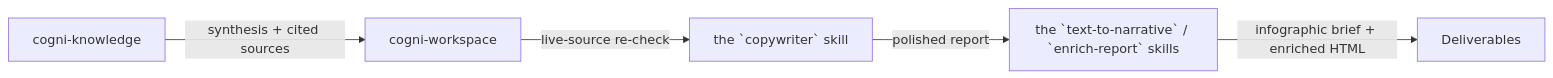
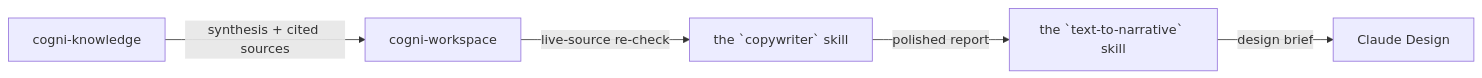
The diagram in docs/workflows/research-to-report.md (cogni-work/insight-wave), drawn with Mermaid before and after one commit. The commit also changed other lines of this file and 156 other files, not shown here.

````diff
--- a/docs/workflows/research-to-report.md
+++ b/docs/workflows/research-to-report.md
@@ -7,7 +7,7 @@
 ```mermaid
 graph LR
     A[cogni-knowledge] -->|synthesis + cited sources| B[cogni-workspace]
     B -->|live-source re-check| C[the `copywriter` skill]
-    C -->|polished report| D[the `text-to-narrative` / `enrich-report` skills]
-    D -->|infographic brief + enriched HTML| E[Deliverables]
+    C -->|polished report| D[the `text-to-narrative` skill]
+    D -->|design brief| E[Claude Design]
 ```
````
